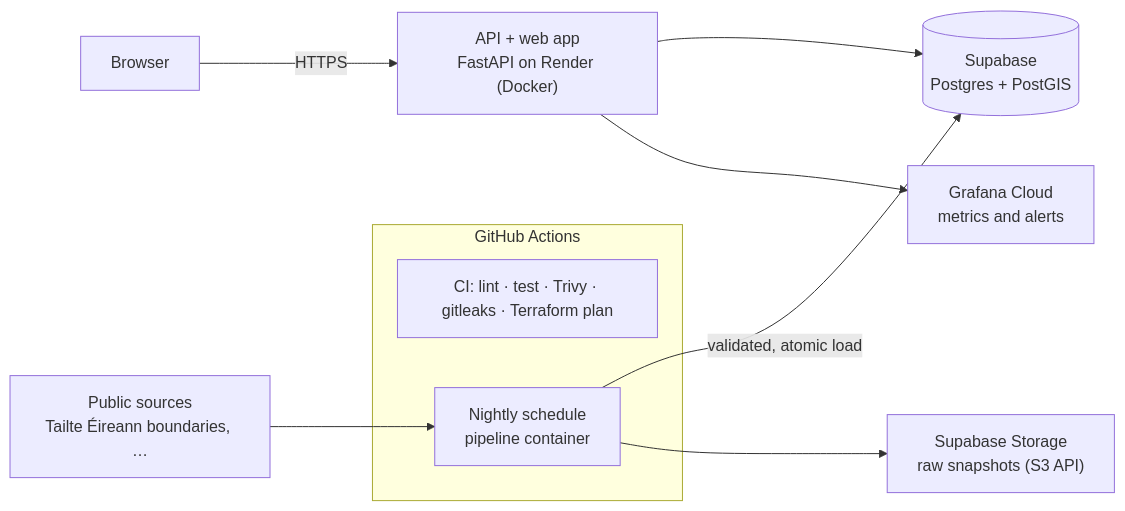
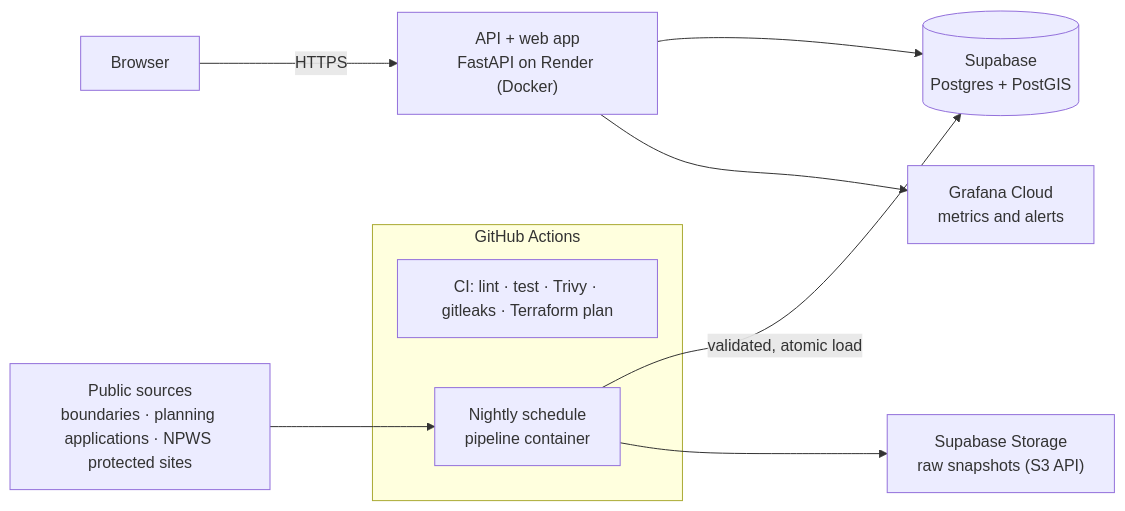
The diagram in README.md (Neel09apr/DwellWise), drawn with Mermaid before and after one commit. The commit also changed other lines of this file and 28 other files, not shown here.

First line of the commit message:
feat: protected sites (SAC, SPA, NHA) and brief section 03

````diff
--- a/README.md
+++ b/README.md
@@ -19,15 +19,15 @@
 ```mermaid
 flowchart LR
   user["Browser"] -->|HTTPS| app["API + web app<br/>FastAPI on Render (Docker)"]
   app --> db[("Supabase<br/>Postgres + PostGIS")]
 
   subgraph gha["GitHub Actions"]
     ci["CI: lint · test · Trivy · gitleaks · Terraform plan"]
     nightly["Nightly schedule<br/>pipeline container"]
   end
 
-  sources["Public sources<br/>Tailte Éireann boundaries, …"] --> nightly
+  sources["Public sources<br/>boundaries · planning applications · NPWS protected sites"] --> nightly
   nightly -->|"validated, atomic load"| db
   nightly --> raw["Supabase Storage<br/>raw snapshots (S3 API)"]
   app --> obs["Grafana Cloud<br/>metrics and alerts"]
 ```
````
